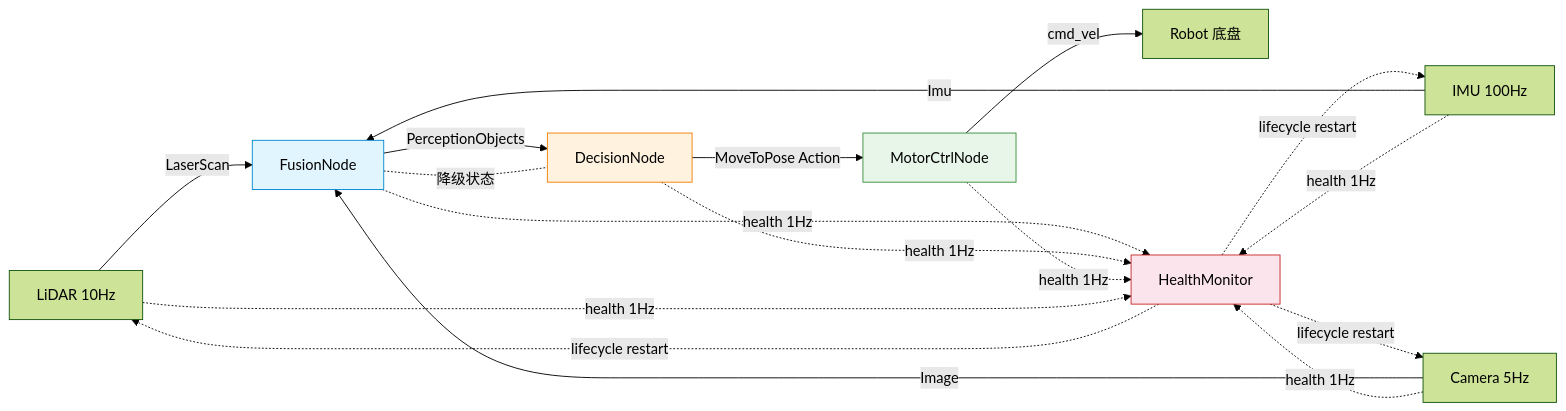
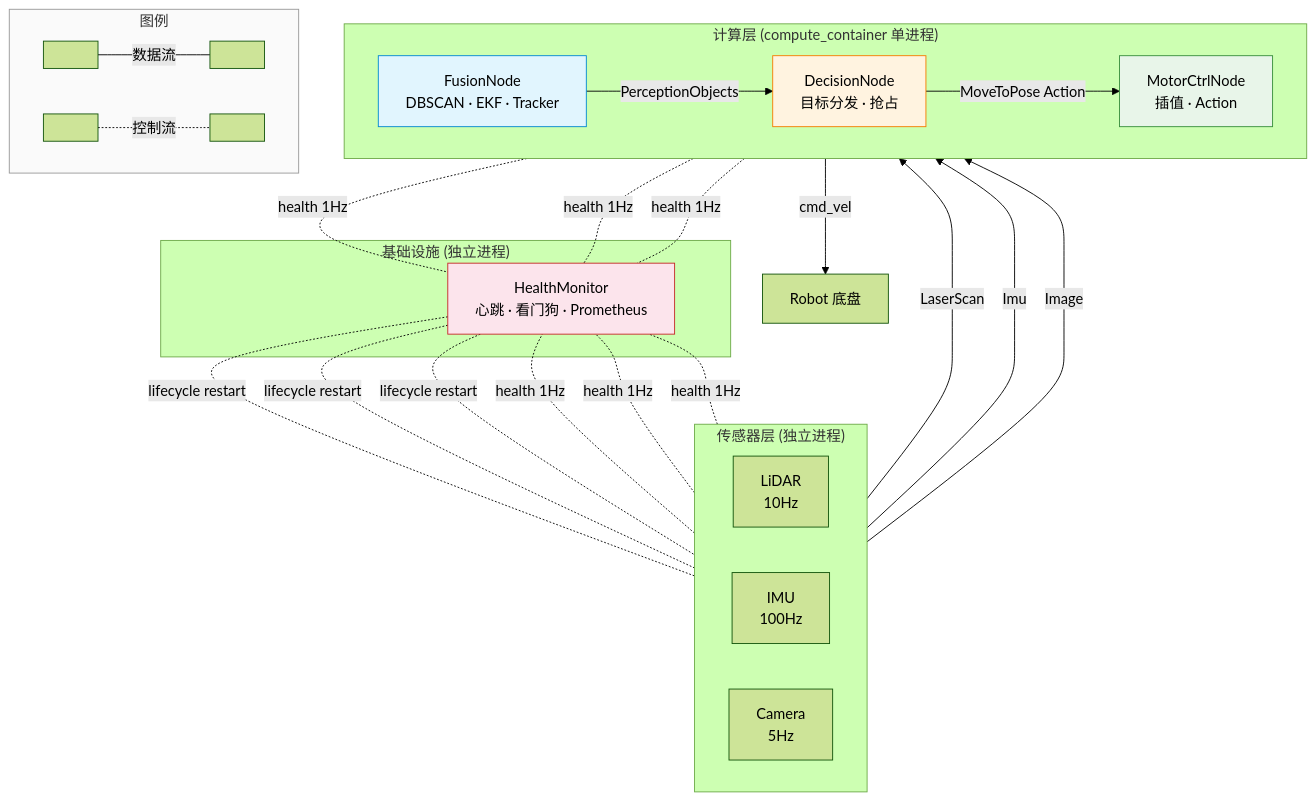
One commit to guang-lee-cn/ros2_robot_middleware changed the second of 5 diagrams in doc/ARCHITECTURE.md. Above: the diagram before and after it, drawn with Mermaid (forest theme). The commit also changed other lines of this file, not shown here.

Commit message:
fix(docs): TB layout with same-level nodes + inline legend subgraph

````diff
--- a/doc/ARCHITECTURE.md
+++ b/doc/ARCHITECTURE.md
@@ -91,29 +91,50 @@
 ```mermaid
-flowchart LR
-    L["LiDAR 10Hz"] -->|"LaserScan"| FUSION
-    I["IMU 100Hz"]  -->|"Imu"| FUSION
-    C["Camera 5Hz"] -->|"Image"| FUSION
+flowchart TB
+    subgraph sensors["&nbsp;&nbsp;&nbsp;&nbsp; 传感器层 (独立进程) &nbsp;&nbsp;&nbsp;&nbsp;"]
+        direction LR
+        L["LiDAR<br/>10Hz"]
+        I["IMU<br/>100Hz"]
+        C["Camera<br/>5Hz"]
+    end
 
-    FUSION["FusionNode"] -->|"PerceptionObjects"| DECISION["DecisionNode"]
-    DECISION -->|"MoveToPose Action"| MOTOR["MotorCtrlNode"]
+    subgraph compute["&nbsp;&nbsp;&nbsp;&nbsp; 计算层 (compute_container 单进程) &nbsp;&nbsp;&nbsp;&nbsp;"]
+        direction LR
+        FUSION["FusionNode<br/>DBSCAN · EKF · Tracker"]
+        DECISION["DecisionNode<br/>目标分发 · 抢占"]
+        MOTOR["MotorCtrlNode<br/>插值 · Action"]
+    end
+
+    subgraph infra["&nbsp;&nbsp;&nbsp;&nbsp; 基础设施 (独立进程) &nbsp;&nbsp;&nbsp;&nbsp;"]
+        HEALTH["HealthMonitor<br/>心跳 · 看门狗 · Prometheus"]
+    end
+
+    subgraph legend["&nbsp;&nbsp;&nbsp;&nbsp; 图例 &nbsp;&nbsp;&nbsp;&nbsp;"]
+        direction LR
+        L1[" "] ---|"数据流"| L2[" "]
+        L3[" "] -.-|"控制流"| L4[" "]
+    end
+
+    L -->|"LaserScan"| FUSION
+    I -->|"Imu"| FUSION
+    C -->|"Image"| FUSION
+    FUSION -->|"PerceptionObjects"| DECISION
+    DECISION -->|"MoveToPose Action"| MOTOR
     MOTOR -->|"cmd_vel"| ROBOT["Robot 底盘"]
 
-    FUSION -.->|"health 1Hz"| HEALTH["HealthMonitor"]
-    DECISION -.->|"health 1Hz"| HEALTH
-    MOTOR -.->|"health 1Hz"| HEALTH
+    L -.-|"health 1Hz"| HEALTH
+    I -.-|"health 1Hz"| HEALTH
+    C -.-|"health 1Hz"| HEALTH
+    FUSION -.-|"health 1Hz"| HEALTH
+    DECISION -.-|"health 1Hz"| HEALTH
+    MOTOR -.-|"health 1Hz"| HEALTH
 
-    L -.->|"health 1Hz"| HEALTH
-    I -.->|"health 1Hz"| HEALTH
-    C -.->|"health 1Hz"| HEALTH
-
-    HEALTH -.->|"lifecycle restart"| L
-    HEALTH -.->|"lifecycle restart"| I
-    HEALTH -.->|"lifecycle restart"| C
-
-    FUSION -.-|"降级状态"| DECISION
+    HEALTH -.-|"lifecycle restart"| L
+    HEALTH -.-|"lifecycle restart"| I
+    HEALTH -.-|"lifecycle restart"| C
 
     style FUSION fill:#e1f5fe,stroke:#0288d1
     style DECISION fill:#fff3e0,stroke:#f57c00
     style MOTOR fill:#e8f5e9,stroke:#388e3c
     style HEALTH fill:#fce4ec,stroke:#c62828
+    style legend fill:#fafafa,stroke:#999
 ```
````
